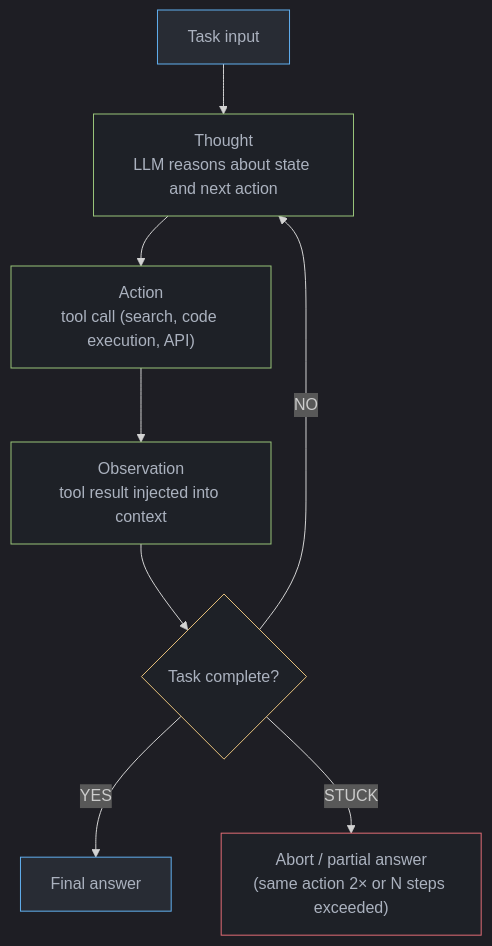
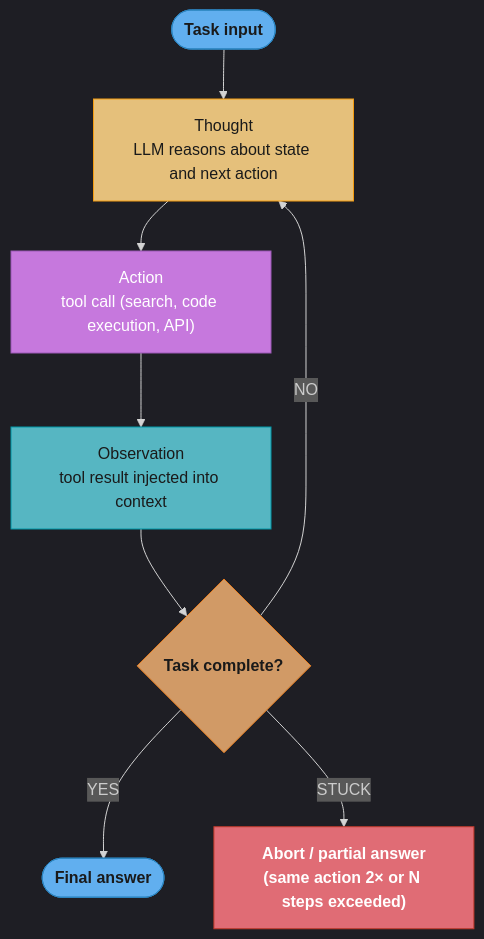
One commit to rppol/system-design changed the first of 2 diagrams in src/main/java/com/rutik/systemdesign/llm/agents_and_tool_use/react_and_reasoning_patterns.md. Above: the diagram before and after it, drawn with Mermaid. The commit also changed other lines of this file and 88 other files, not shown here.

````diff
--- a/src/main/java/com/rutik/systemdesign/llm/agents_and_tool_use/react_and_reasoning_patterns.md
+++ b/src/main/java/com/rutik/systemdesign/llm/agents_and_tool_use/react_and_reasoning_patterns.md
@@ -248,28 +248,31 @@
 ```mermaid
 %%{init: {'flowchart': {'curve': 'basis'}, 'theme': 'dark'}}%%
 flowchart TD
-    classDef io     fill:#282c34,stroke:#61afef,color:#abb2bf
-    classDef proc   fill:#1e2127,stroke:#98c379,color:#abb2bf
-    classDef llm    fill:#1e2127,stroke:#c678dd,color:#abb2bf
-    classDef decide fill:#1e2127,stroke:#e5c07b,color:#abb2bf
-    classDef warn   fill:#1e2127,stroke:#e06c75,color:#abb2bf
+    classDef io      fill:#61afef,stroke:#2e86c1,color:#1a1a1a,font-weight:bold
+    classDef frozen  fill:#c678dd,stroke:#9b59b6,color:#fff
+    classDef train   fill:#98c379,stroke:#27ae60,color:#1a1a1a
+    classDef mathOp  fill:#d19a66,stroke:#e67e22,color:#1a1a1a,font-weight:bold
+    classDef lossN   fill:#e06c75,stroke:#c0392b,color:#fff,font-weight:bold
+    classDef req     fill:#56b6c2,stroke:#0097a7,color:#1a1a1a
+    classDef base    fill:#e5c07b,stroke:#f39c12,color:#1a1a1a
 
-    TASK["Task input"]
+    TASK(["Task input"])
     THT["Thought\nLLM reasons about state and next action"]
     ACT["Action\ntool call (search, code execution, API)"]
     OBS["Observation\ntool result injected into context"]
     DONE{"Task complete?"}
-    ANS["Final answer"]
+    ANS(["Final answer"])
     ABORT["Abort / partial answer\n(same action 2× or N steps exceeded)"]
 
     TASK --> THT --> ACT --> OBS --> DONE
     DONE -->|"YES"| ANS
     DONE -->|"NO"| THT
     DONE -->|"STUCK"| ABORT
 
-    class TASK io
-    class THT,ACT,OBS proc
-    class DONE decide
-    class ANS io
-    class ABORT warn
+    class TASK,ANS io
+    class THT base
+    class ACT frozen
+    class OBS req
+    class DONE mathOp
+    class ABORT lossN
 ```
````
